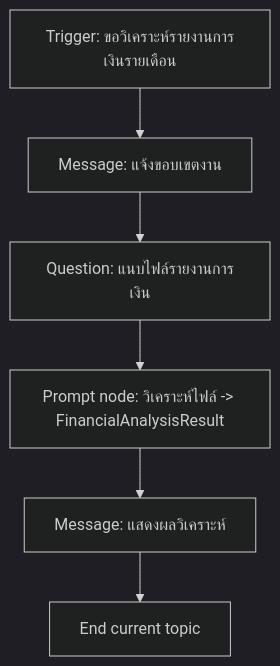
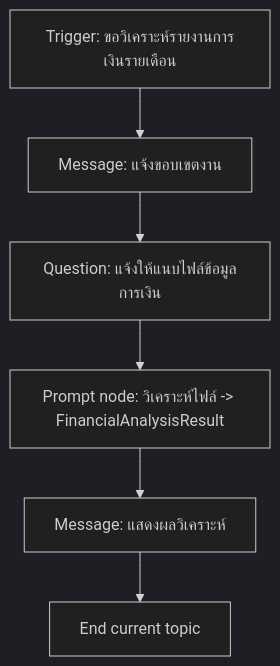
Before and after one commit to teerasej/mini-m365-copilot-champion-1: the diagram in day-3-copilot-studio/exercise-5-topic/README.md, drawn with Mermaid (dark theme). The commit also changed other lines of this file and 3 other files, not shown here.

````diff
--- a/day-3-copilot-studio/exercise-5-topic/README.md
+++ b/day-3-copilot-studio/exercise-5-topic/README.md
@@ -7,8 +7,8 @@
 ```mermaid
 flowchart TD
     A[Trigger: ขอวิเคราะห์รายงานการเงินรายเดือน] --> B[Message: แจ้งขอบเขตงาน]
-   B --> C[Question: แนบไฟล์รายงานการเงิน]
+   B --> C[Question: แจ้งให้แนบไฟล์ข้อมูลการเงิน]
    C --> D[Prompt node: วิเคราะห์ไฟล์ -> FinancialAnalysisResult]
    D --> E[Message: แสดงผลวิเคราะห์]
    E --> F[End current topic]
 ```
````
